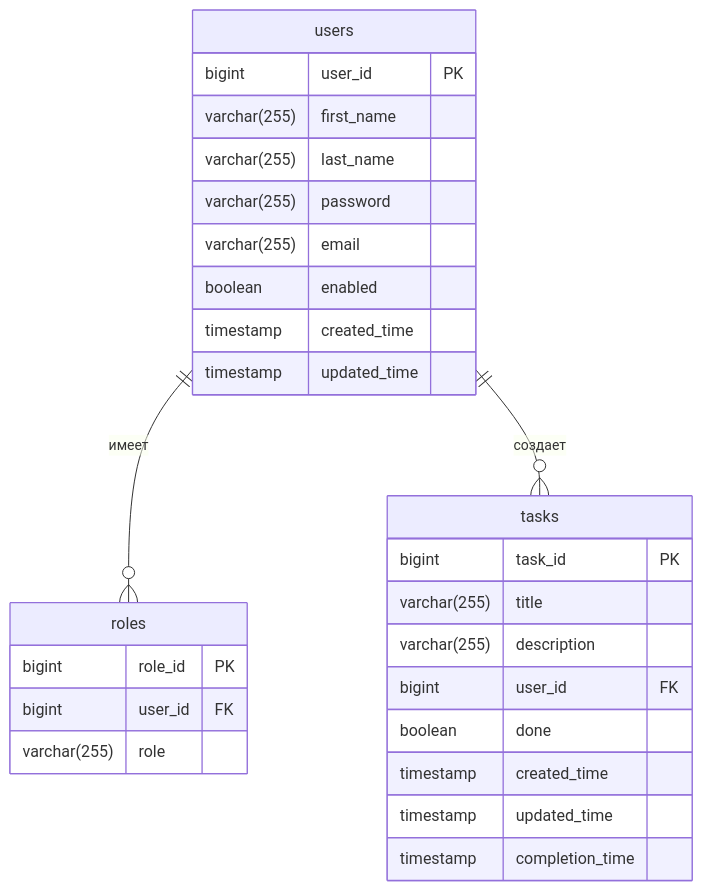
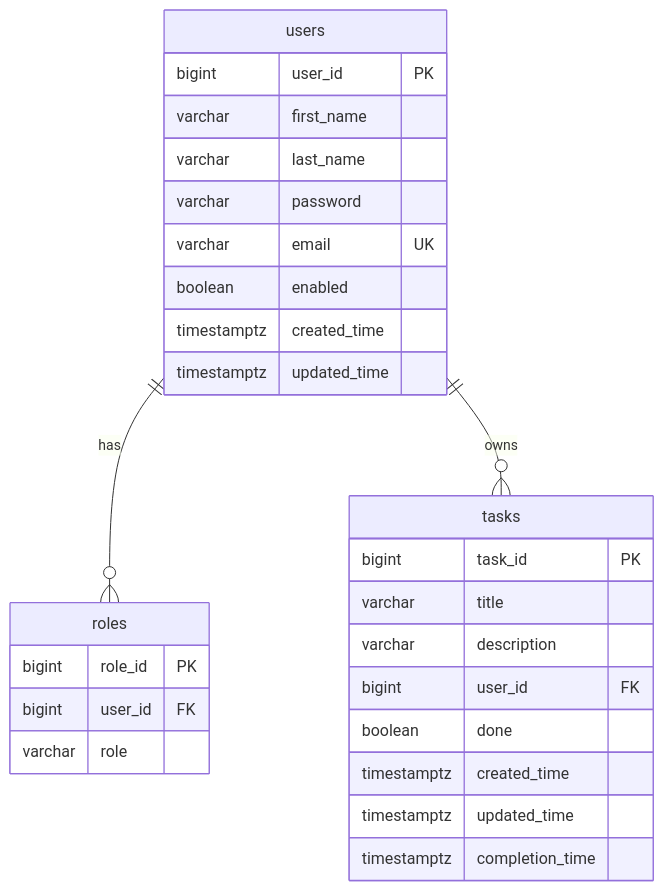
Before and after one commit to BaTORfly/multi-user-task-sheduler: the second of 2 diagrams in README.md, drawn with Mermaid. The commit also changed other lines of this file and 1 other file, not shown here.

````diff
--- a/README.md
+++ b/README.md
@@ -46,33 +72,33 @@
 ```mermaid
 erDiagram
-    users ||--o{ roles : "имеет"
-    users ||--o{ tasks : "создает"
-    
+    users ||--o{ roles : "has"
+    users ||--o{ tasks : "owns"
+
     users {
         bigint user_id PK
-        varchar(255) first_name
-        varchar(255) last_name
-        varchar(255) password
-        varchar(255) email
+        varchar first_name
+        varchar last_name
+        varchar password
+        varchar email UK
         boolean enabled
-        timestamp created_time
-        timestamp updated_time
+        timestamptz created_time
+        timestamptz updated_time
     }
-    
+
     roles {
         bigint role_id PK
         bigint user_id FK
-        varchar(255) role
+        varchar role
     }
-    
+
     tasks {
         bigint task_id PK
-        varchar(255) title
-        varchar(255) description
+        varchar title
+        varchar description
         bigint user_id FK
         boolean done
-        timestamp created_time
-        timestamp updated_time
-        timestamp completion_time
+        timestamptz created_time
+        timestamptz updated_time
+        timestamptz completion_time
     }
 ```
````
